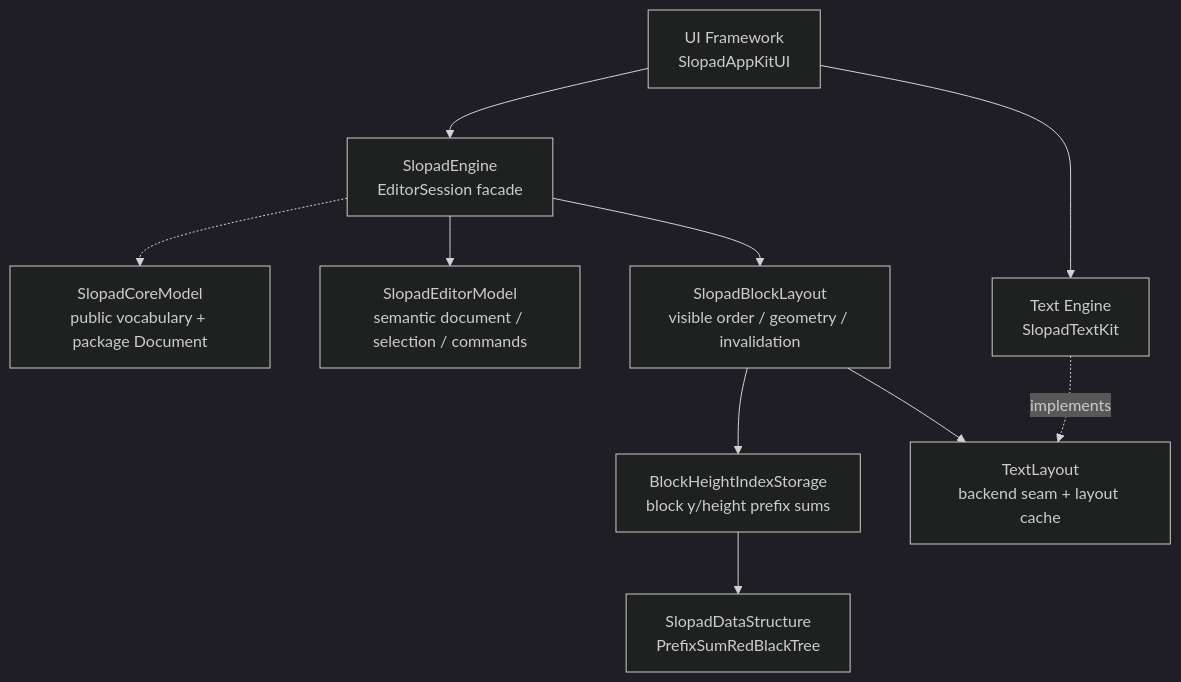
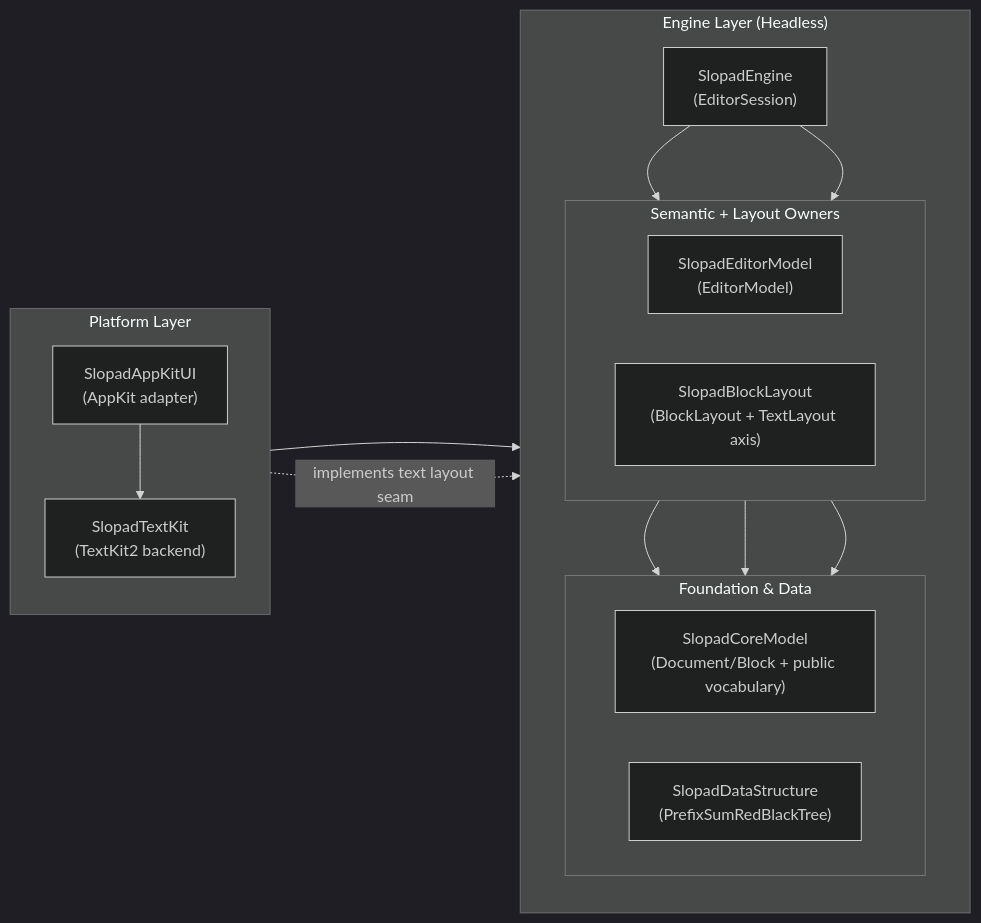
One commit to hot666666/Slopad changed the diagram in README.md. Above: the diagram before and after it, drawn with Mermaid (dark theme). The commit also changed other lines of this file and 2 other files, not shown here.

````diff
--- a/README.md
+++ b/README.md
@@ -58,22 +58,37 @@
 ```mermaid
-flowchart TB
-    AppKitUI["UI Framework\nSlopadAppKitUI"]
-    Engine["SlopadEngine\nEditorSession facade"]
-    Vocabulary["SlopadCoreModel\npublic vocabulary + package Document"]
-    Model["SlopadEditorModel\nsemantic document / selection / commands"]
-    Layout["SlopadBlockLayout\nvisible order / geometry / invalidation"]
-    HeightIndex["BlockHeightIndexStorage\nblock y/height prefix sums"]
-    Tree["SlopadDataStructure\nPrefixSumRedBlackTree"]
-    TextLayout["TextLayout\nbackend seam + layout cache"]
-    TextKit["Text Engine\nSlopadTextKit"]
+flowchart LR
+    subgraph EngineLayer["Engine Layer (Headless)"]
+        direction TB
 
-    AppKitUI --> Engine
-    AppKitUI --> TextKit
-    Engine -.-> Vocabulary
-    Engine --> Model
-    Engine --> Layout
-    Layout --> HeightIndex
-    HeightIndex --> Tree
-    Layout --> TextLayout
-    TextKit -. implements .-> TextLayout
+        Session["SlopadEngine<br/>(EditorSession)"]
+
+        subgraph RuntimeOwners["Semantic + Layout Owners"]
+            direction LR
+            Model["SlopadEditorModel<br/>(EditorModel)"]
+            Layout["SlopadBlockLayout<br/>(BlockLayout + TextLayout axis)"]
+        end
+
+        subgraph Foundation["Foundation & Data"]
+            direction LR
+            Core["SlopadCoreModel<br/>(Document/Block + public vocabulary)"]
+            DataStructure["SlopadDataStructure<br/>(PrefixSumRedBlackTree)"]
+        end
+
+        Session --> Model
+        Session --> Layout
+        Model --> Core
+        Layout --> Core
+        Layout --> DataStructure
+    end
+
+    subgraph PlatformLayer["Platform Layer"]
+        direction TB
+        AppKitUI["SlopadAppKitUI<br/>(AppKit adapter)"]
+        TextKit["SlopadTextKit<br/>(TextKit2 backend)"]
+
+        AppKitUI --> TextKit
+    end
+
+    AppKitUI --> Session
+    TextKit -. implements text layout seam .-> Core
 ```
````
